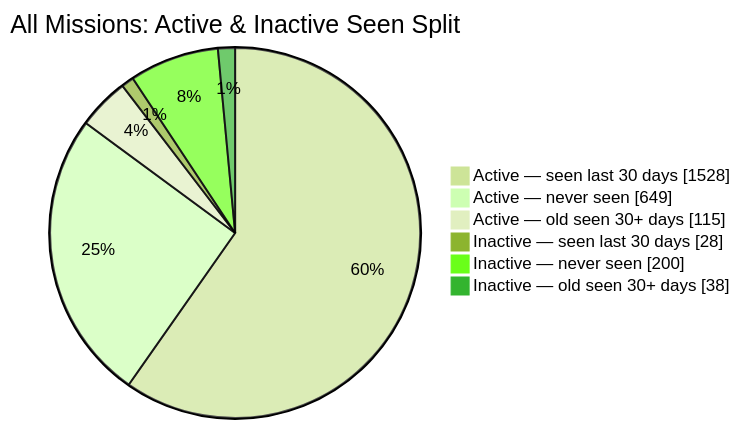
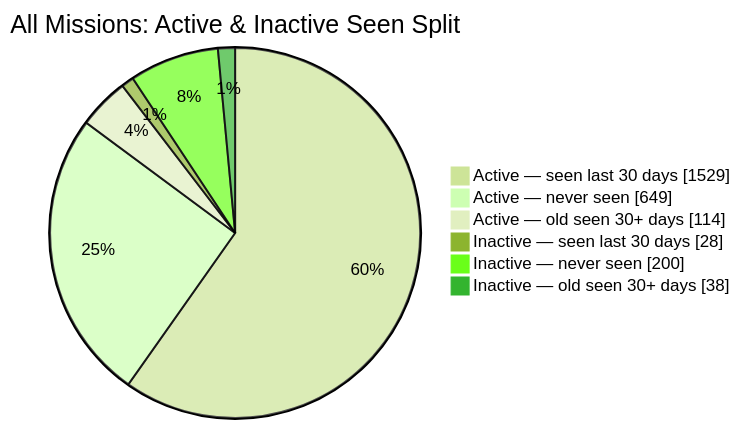
The second of 2 diagrams in README.md (MeldkamerspelGameTeam/active-missions), drawn with Mermaid (forest theme) before and after one commit. The commit also changed other lines of this file and 2 other files, not shown here.

````diff
--- a/README.md
+++ b/README.md
@@ -44,10 +44,10 @@
 ```mermaid
 pie showData
     title All Missions: Active & Inactive Seen Split
-    "Active — seen last 30 days" : 1528
+    "Active — seen last 30 days" : 1529
     "Active — never seen" : 649
-    "Active — old seen 30+ days" : 115
+    "Active — old seen 30+ days" : 114
     "Inactive — seen last 30 days" : 28
     "Inactive — never seen" : 200
     "Inactive — old seen 30+ days" : 38
 ```
````
